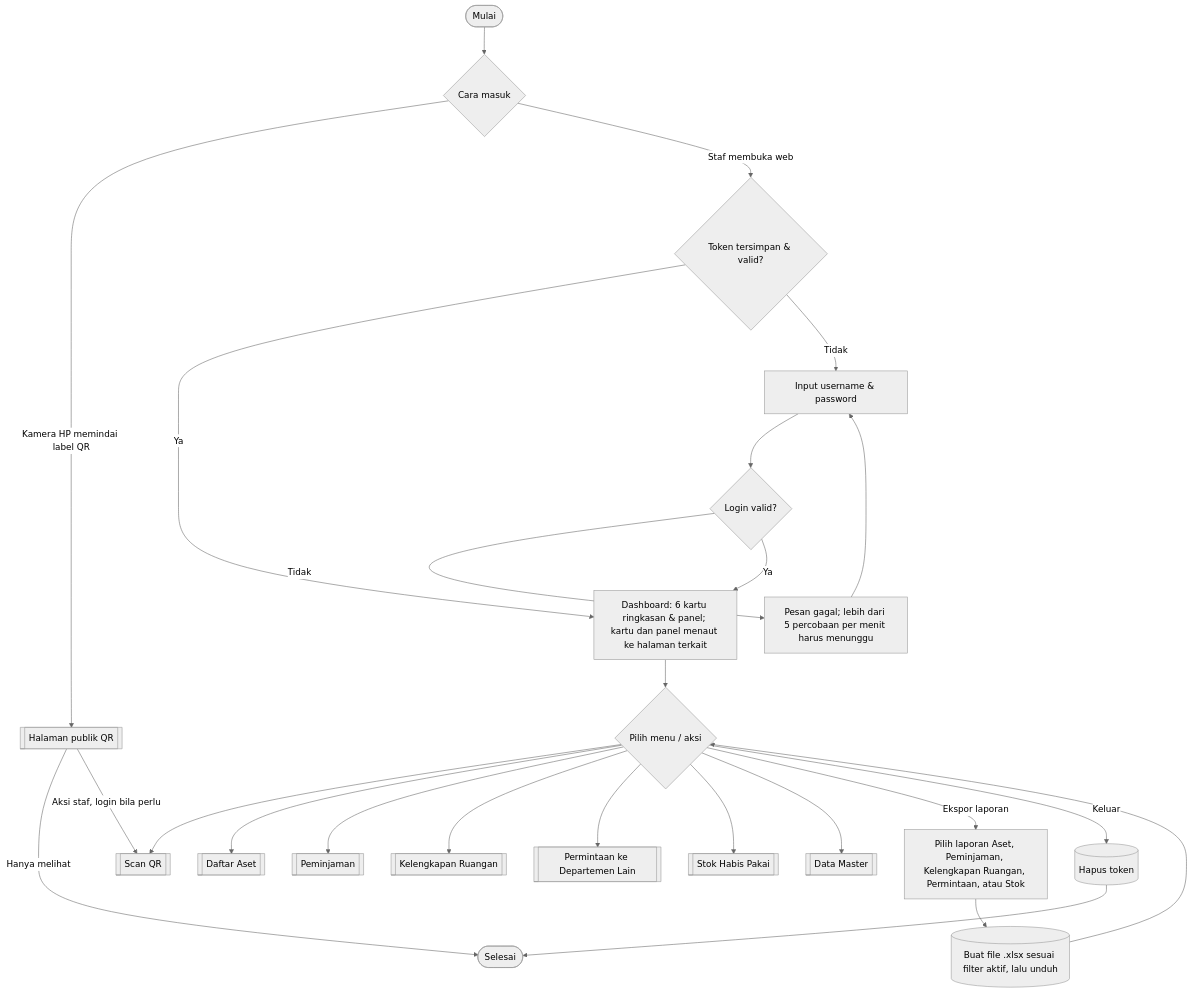
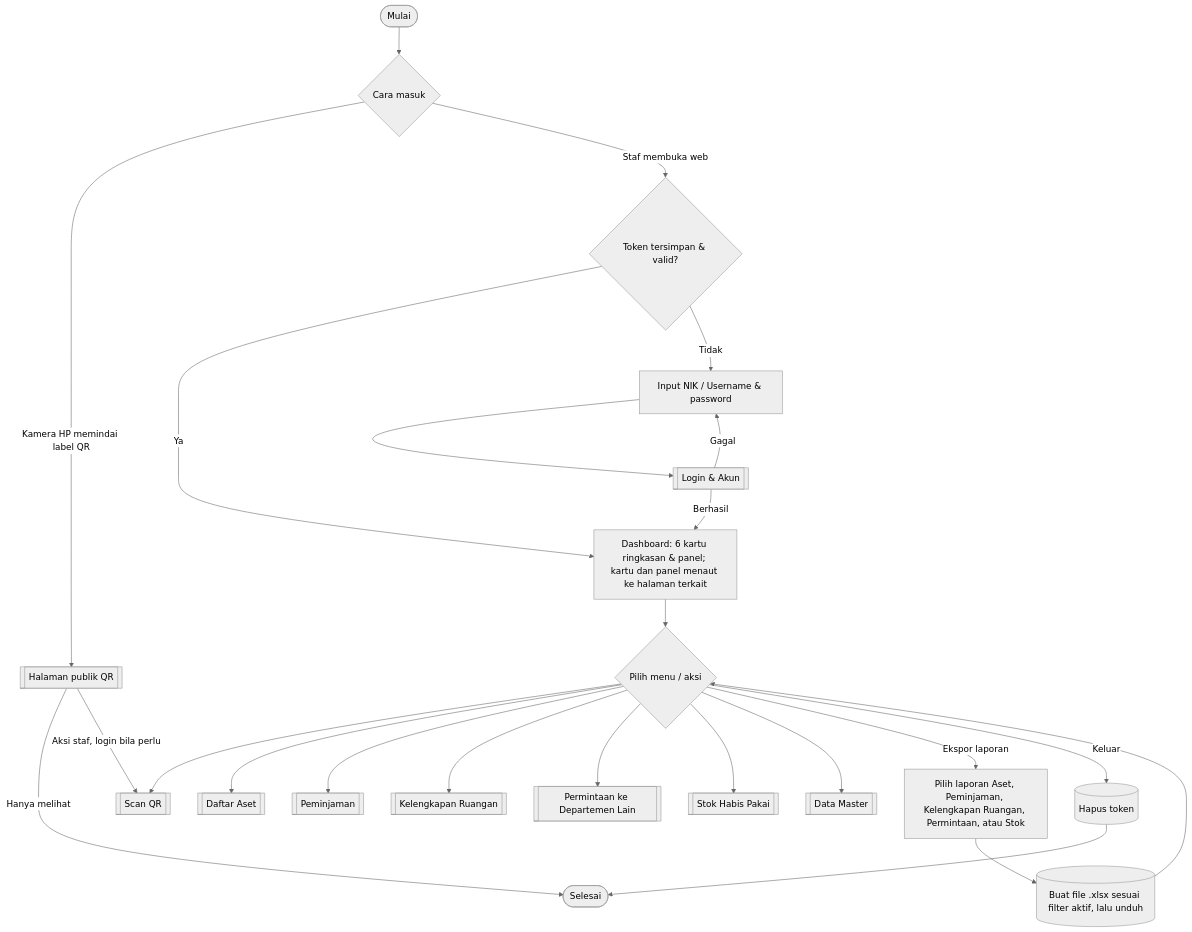
One commit to mrizqihidayat/system-tracking-asset changed the first of 10 diagrams in docs/flowchart.md. Above: the diagram before and after it, drawn with Mermaid (neutral theme). The commit also changed other lines of this file and 55 other files, not shown here.

First line of the commit message:
T33: direktori pegawai, akun NIK & akun bersama, ganti password, saran pegawai

````diff
--- a/docs/flowchart.md
+++ b/docs/flowchart.md
@@ -11,23 +11,23 @@
 ```mermaid
 flowchart TD
     A([Mulai]) --> B{Cara masuk}
     B -- Kamera HP memindai label QR --> Q[[Halaman publik QR]]
     Q -- Hanya melihat --> Z1
     Q -- Aksi staf, login bila perlu --> M1
     B -- Staf membuka web --> C{Token tersimpan & valid?}
     C -- Ya --> E
-    C -- Tidak --> D[Input username & password]
-    D --> D1{Login valid?}
-    D1 -- Tidak --> D2[Pesan gagal; lebih dari 5 percobaan per menit harus menunggu] --> D
-    D1 -- Ya --> E[Dashboard: 6 kartu ringkasan & panel; kartu dan panel menaut ke halaman terkait]
+    C -- Tidak --> D[Input NIK / Username & password]
+    D --> D1[[Login & Akun]]
+    D1 -- Gagal --> D
+    D1 -- Berhasil --> E[Dashboard: 6 kartu ringkasan & panel; kartu dan panel menaut ke halaman terkait]
     E --> F{Pilih menu / aksi}
     F --> M1[[Scan QR]]
     F --> M2[[Daftar Aset]]
     F --> M3[[Peminjaman]]
     F --> M4[[Kelengkapan Ruangan]]
     F --> M5[[Permintaan ke Departemen Lain]]
     F --> M6[[Stok Habis Pakai]]
     F --> M7[[Data Master]]
     F -- Ekspor laporan --> X1[Pilih laporan Aset, Peminjaman, Kelengkapan Ruangan, Permintaan, atau Stok] --> X2[(Buat file .xlsx sesuai filter aktif, lalu unduh)] --> F
     F -- Keluar --> Z[(Hapus token)] --> Z1([Selesai])
 ```
````
